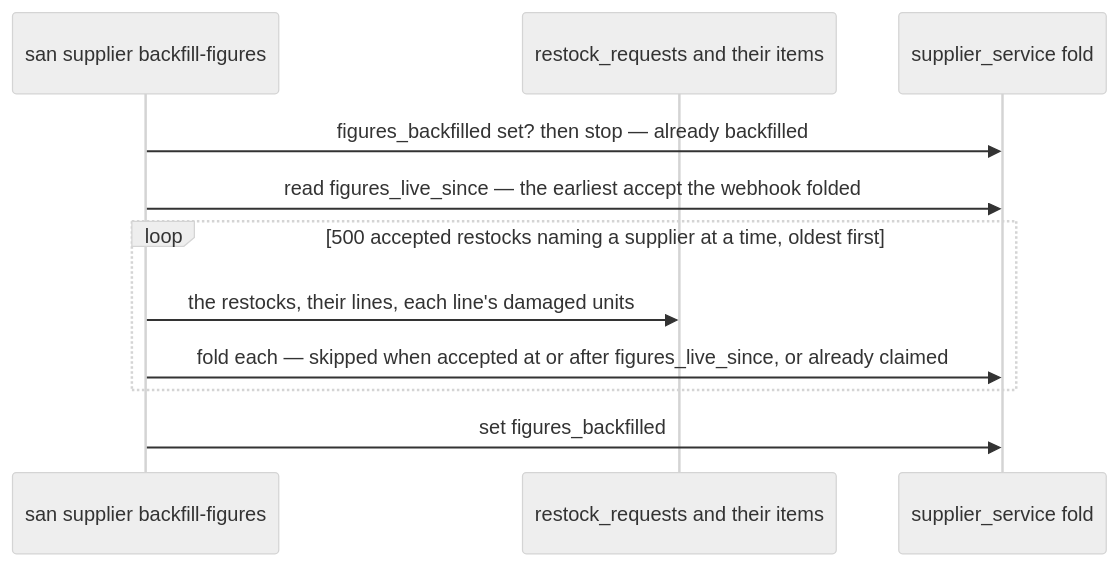
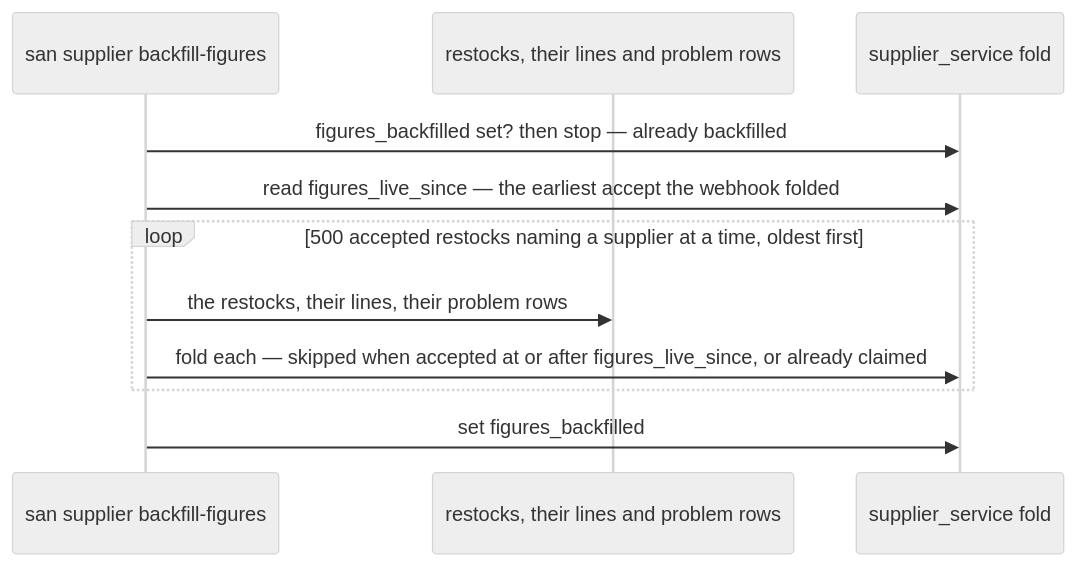
One commit to pdcgo/warehouse_revamp changed the sixth of 16 diagrams in docs/tools/san.md. Above: the diagram before and after it, drawn with Mermaid (neutral theme). The commit also changed other lines of this file and 313 other files, not shown here.

````diff
--- a/docs/tools/san.md
+++ b/docs/tools/san.md
@@ -568,13 +568,13 @@
 ```mermaid
 sequenceDiagram
   participant SAN as san supplier backfill-figures
-  participant INV as restock_requests and their items
+  participant INV as restocks, their lines and problem rows
   participant SUP as supplier_service fold
   SAN->>SUP: figures_backfilled set? then stop — already backfilled
   SAN->>SUP: read figures_live_since — the earliest accept the webhook folded
   loop 500 accepted restocks naming a supplier at a time, oldest first
-    SAN->>INV: the restocks, their lines, each line's damaged units
+    SAN->>INV: the restocks, their lines, their problem rows
     SAN->>SUP: fold each — skipped when accepted at or after figures_live_since, or already claimed
   end
   SAN->>SUP: set figures_backfilled
 ```
````
